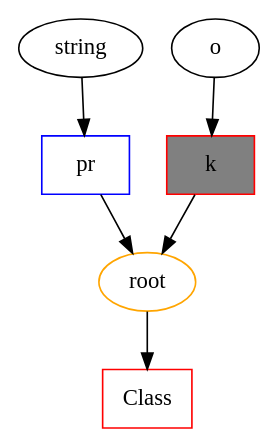
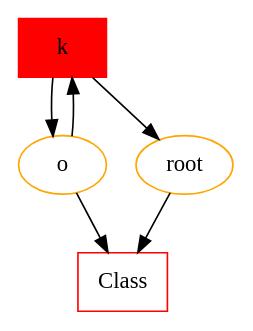
The diagram in src/Digraph.gv (heinz-preisig/PeriConto_generic), drawn with Graphviz before and after one commit. The commit also changed 16 other files, not shown here.

```diff
--- a/src/Digraph.gv
+++ b/src/Digraph.gv
@@ -1,12 +1,12 @@
 digraph {
+	k [color=red fillcolor=red shape=rectangle style=filled]
+	o [color=orange fillcolor=white shape="" style=filled]
+	Class [color=red fillcolor=white shape=rectangle style=filled]
+	Class
 	root [color=orange fillcolor=white shape="" style=filled]
-	Class [color=red fillcolor=white shape=rectangle style=filled]
-	root
-	pr [color=blue fillcolor=white shape=rectangle style=filled]
-	k [color=red fillcolor=gray shape=rectangle style=filled]
+	o -> k
+	k -> o
+	root -> Class
+	o -> Class
 	k -> root
-	root -> Class
-	pr -> root
-	string -> pr
-	o -> k
 }
```
